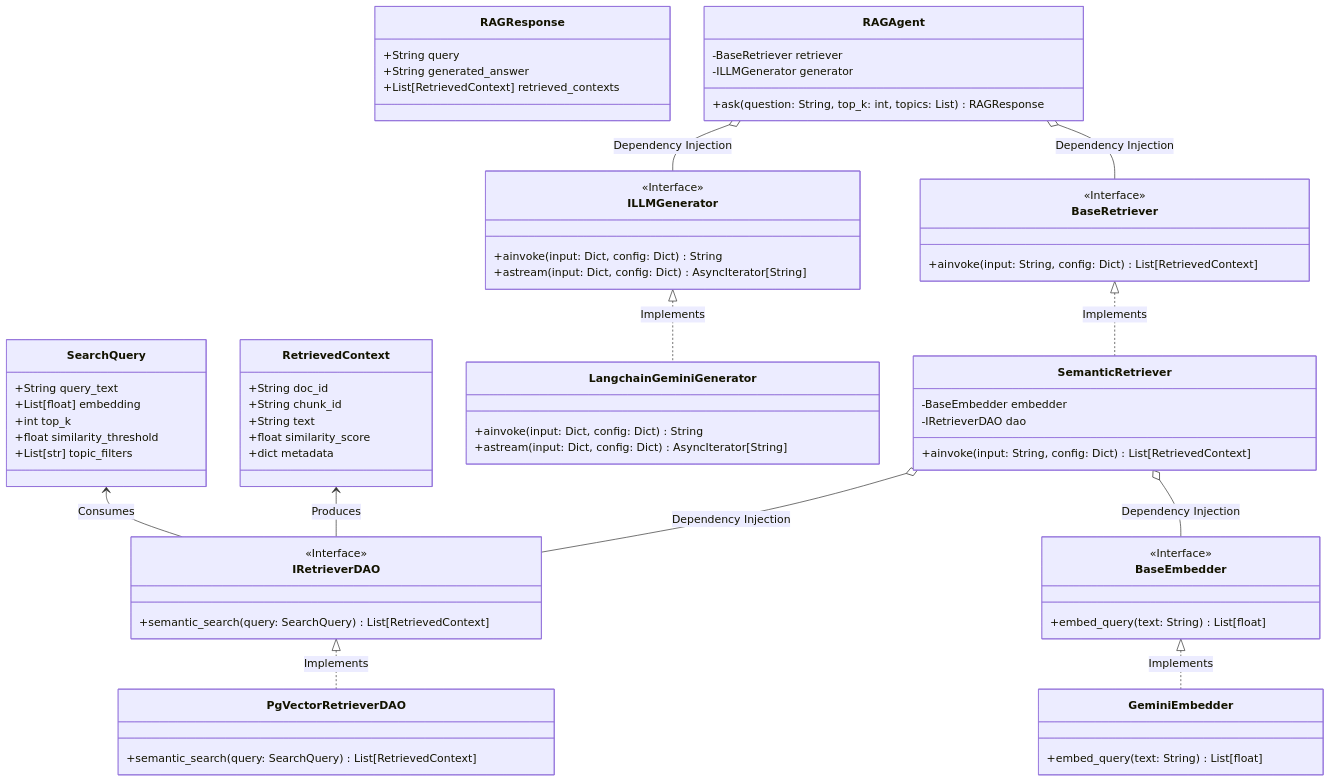
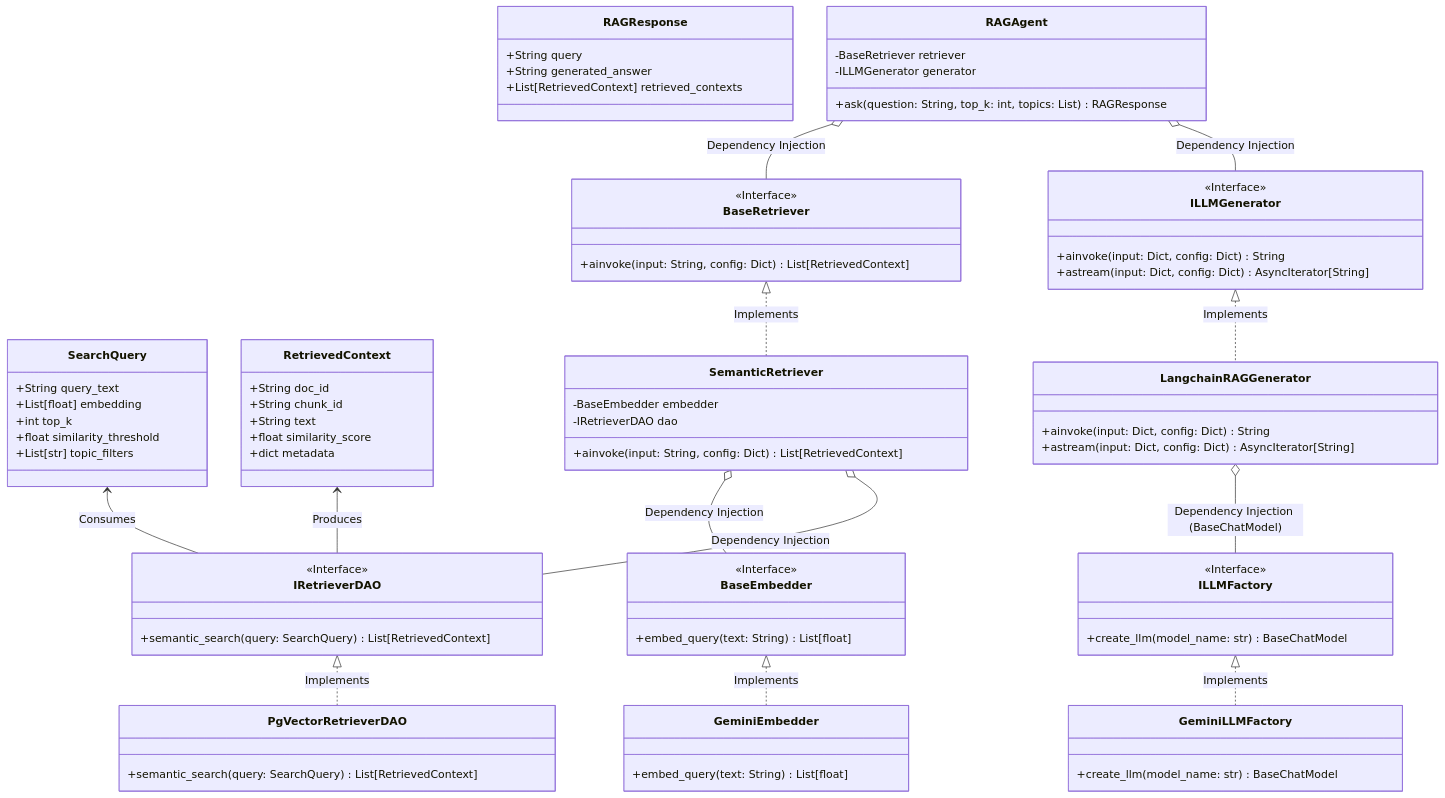
One commit to nvd11/automated-rag-evaluator changed the first of 2 diagrams in docs/phase2_retriever_architecture.md. Above: the diagram before and after it, drawn with Mermaid. The commit also changed other lines of this file, not shown here.

Commit message:
docs: update phase2 architecture doc to reflect LLMFactory dependency injection and renamed LangchainRAGGenerator

````diff
--- a/docs/phase2_retriever_architecture.md
+++ b/docs/phase2_retriever_architecture.md
@@ -56,7 +56,7 @@
         +embed_query(text: String) List[float]
     }
     
-    class LangchainGeminiGenerator {
+    class LangchainRAGGenerator {
         +ainvoke(input: Dict, config: Dict) String
         +astream(input: Dict, config: Dict) AsyncIterator[String]
         %% Note: Uses LCEL (LangChain Expression Language)
@@ -93,9 +93,19 @@
     
     BaseEmbedder <|.. GeminiEmbedder : Implements
     IRetrieverDAO <|.. PgVectorRetrieverDAO : Implements
-    ILLMGenerator <|.. LangchainGeminiGenerator : Implements
+    ILLMGenerator <|.. LangchainRAGGenerator : Implements
     BaseRetriever <|.. SemanticRetriever : Implements
     
     SemanticRetriever o-- BaseEmbedder : Dependency Injection
     SemanticRetriever o-- IRetrieverDAO : Dependency Injection
+    
+    class ILLMFactory {
+        <<Interface>>
+        +create_llm(model_name: str) BaseChatModel
+    }
+    class GeminiLLMFactory {
+        +create_llm(model_name: str) BaseChatModel
+    }
+    ILLMFactory <|.. GeminiLLMFactory : Implements
+    LangchainRAGGenerator o-- ILLMFactory : Dependency Injection (BaseChatModel)
 ```
````
